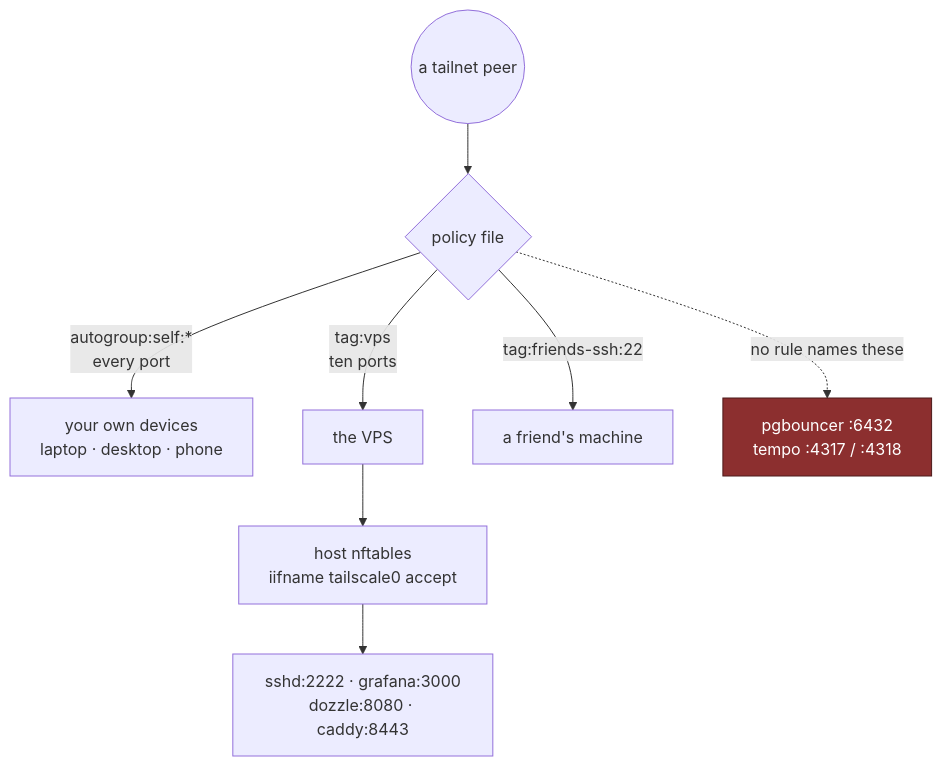
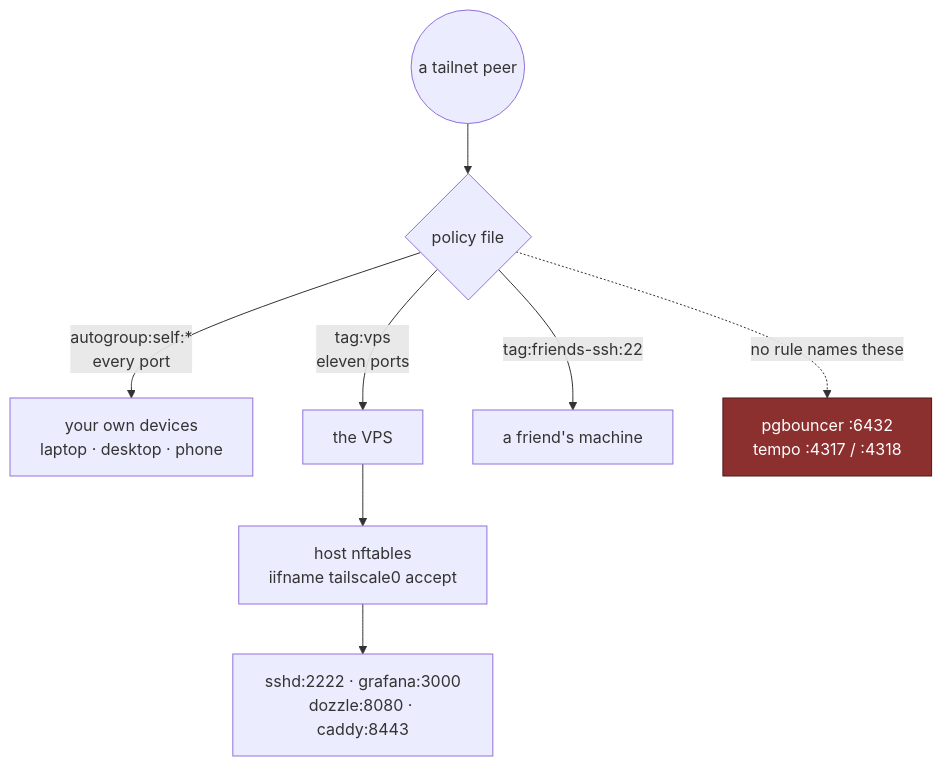
The diagram in docs/src/architecture/tailnet.md (1Git2Clone/vps), drawn with Mermaid before and after one commit. The commit also changed other lines of this file and 2 other files, not shown here.

First line of the commit message:
fix(tailscale): let syncthing reach the vps on 22000

````diff
--- a/docs/src/architecture/tailnet.md
+++ b/docs/src/architecture/tailnet.md
@@ -47,19 +47,19 @@
 ```mermaid
 flowchart TB
     peer(("a tailnet peer"))
 
     peer --> pol{"policy file"}
 
     pol -- "autogroup:self:*<br/>every port" --> own["your own devices<br/>laptop · desktop · phone"]
-    pol -- "tag:vps<br/>ten ports" --> vps["the VPS"]
+    pol -- "tag:vps<br/>eleven ports" --> vps["the VPS"]
     pol -- "tag:friends-ssh:22" --> friends["a friend's machine"]
 
     vps --> nft["host nftables<br/>iifname tailscale0 accept"]
     nft --> svc["sshd:2222 · grafana:3000<br/>dozzle:8080 · caddy:8443"]
 
     gone["pgbouncer :6432<br/>tempo :4317 / :4318"]
     pol -. "no rule names these" .-> gone
 
     classDef bad fill:#8c2f2f,stroke:#4d1a1a,color:#fff
     class gone bad
 ```
````
